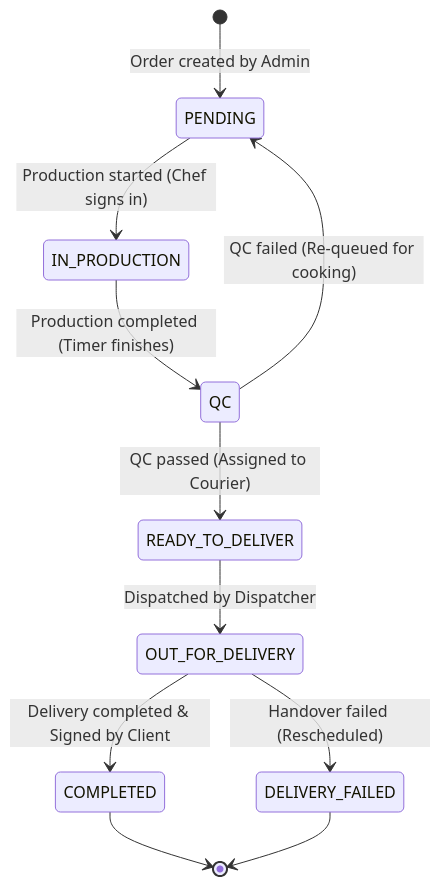
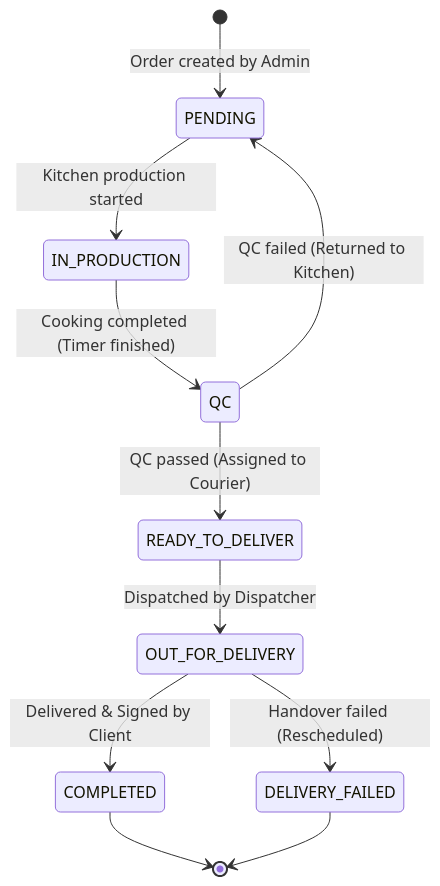
The second of 2 diagrams in README.md (gariiriana/Al---Umana-Koperasi), drawn with Mermaid before and after one commit. The commit also changed other lines of this file, not shown here.

````diff
--- a/README.md
+++ b/README.md
@@ -113,13 +121,13 @@
 ```mermaid
 stateDiagram-v2
     [*] --> PENDING: Order created by Admin
-    PENDING --> IN_PRODUCTION: Production started (Chef signs in)
-    IN_PRODUCTION --> QC: Production completed (Timer finishes)
+    PENDING --> IN_PRODUCTION: Kitchen production started
+    IN_PRODUCTION --> QC: Cooking completed (Timer finished)
     QC --> READY_TO_DELIVER: QC passed (Assigned to Courier)
-    QC --> PENDING: QC failed (Re-queued for cooking)
+    QC --> PENDING: QC failed (Returned to Kitchen)
     READY_TO_DELIVER --> OUT_FOR_DELIVERY: Dispatched by Dispatcher
-    OUT_FOR_DELIVERY --> COMPLETED: Delivery completed & Signed by Client
+    OUT_FOR_DELIVERY --> COMPLETED: Delivered & Signed by Client
     OUT_FOR_DELIVERY --> DELIVERY_FAILED: Handover failed (Rescheduled)
     COMPLETED --> [*]
     DELIVERY_FAILED --> [*]
 ```
````
